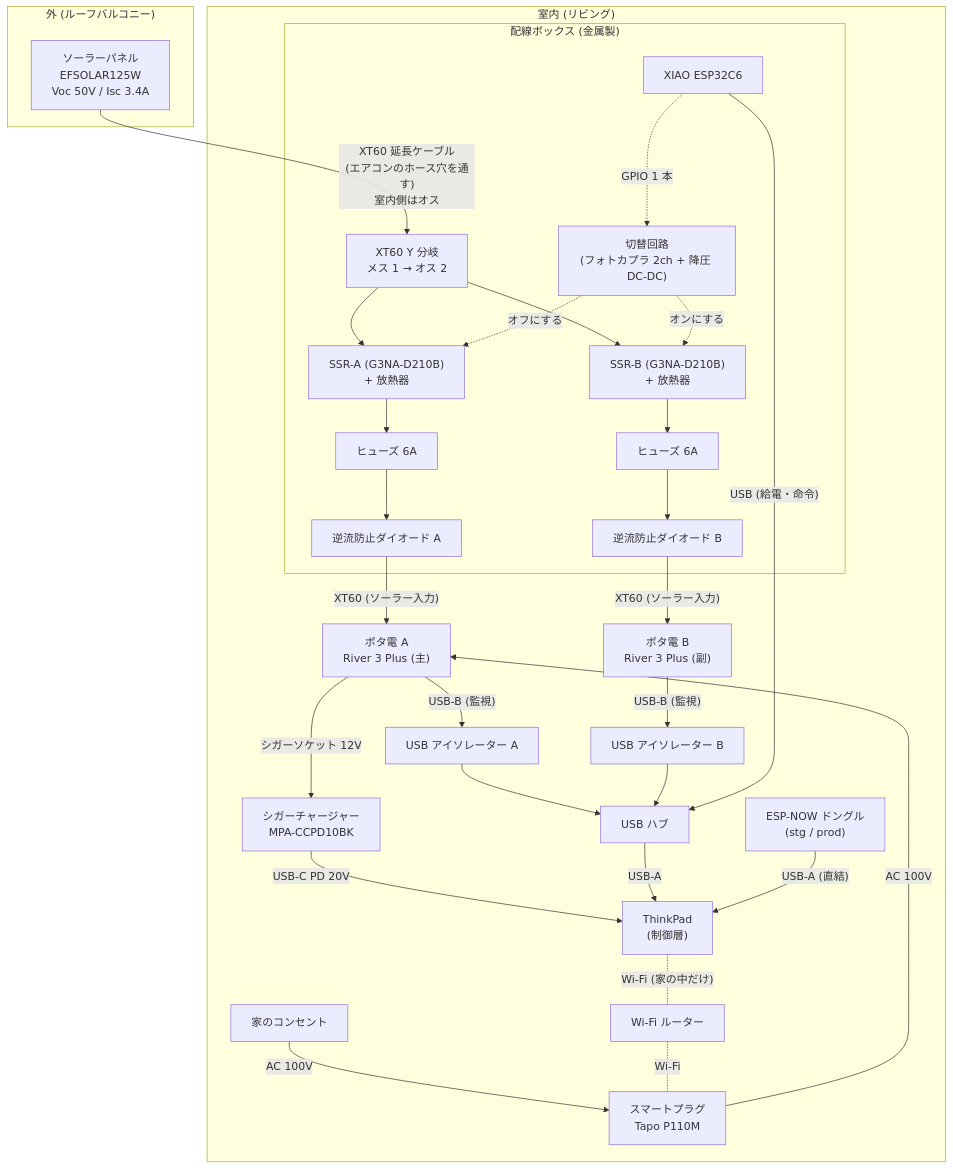
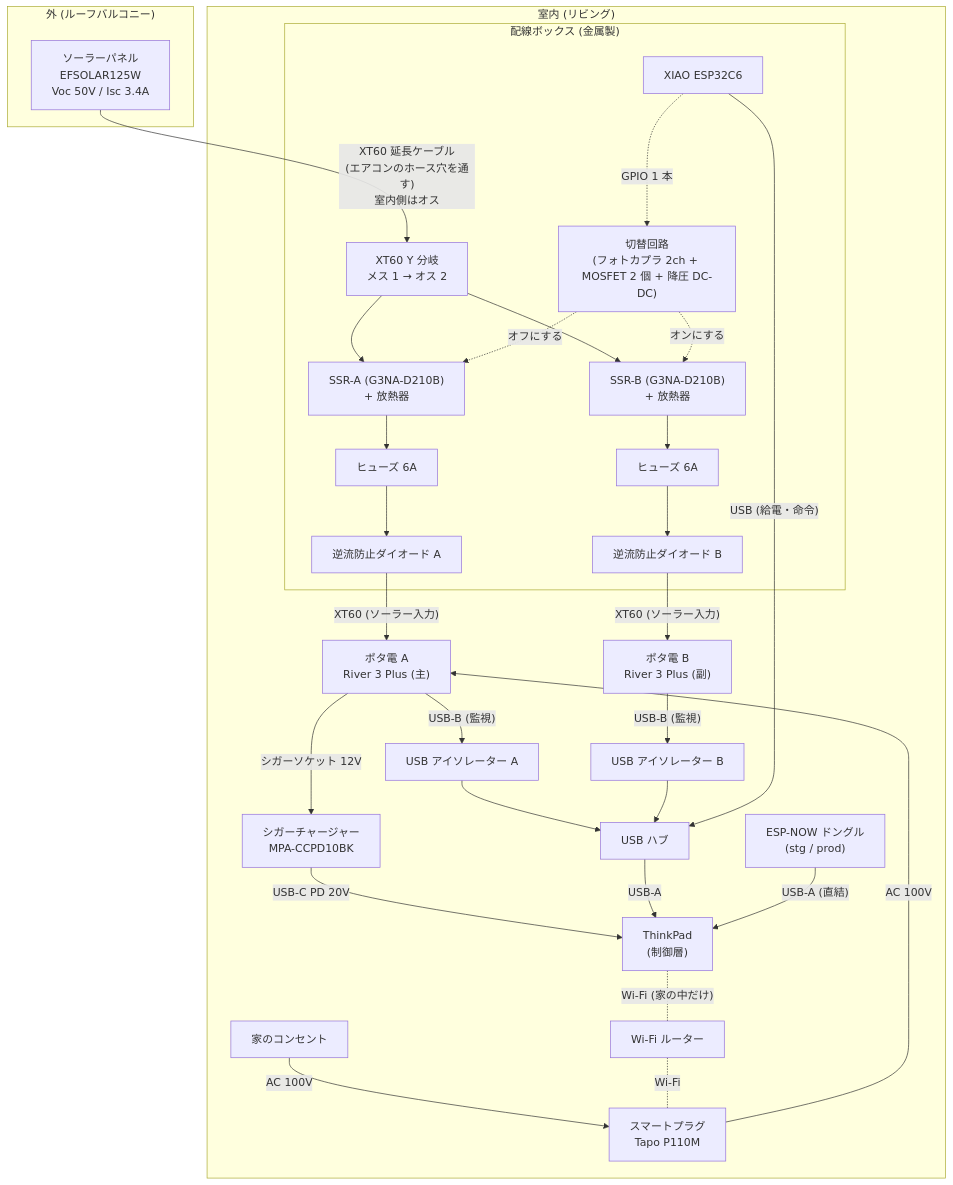
Before and after one commit to junkei-okinawa/FarmVerse: the first of 2 diagrams in docs/3_PowerSystem/01_電源システム設計.md, drawn with Mermaid. The commit also changed other lines of this file, not shown here.

````diff
--- a/docs/3_PowerSystem/01_電源システム設計.md
+++ b/docs/3_PowerSystem/01_電源システム設計.md
@@ -35,51 +35,51 @@
 ```mermaid
 flowchart TB
     subgraph OUT["外 (ルーフバルコニー)"]
         PV["ソーラーパネル<br/>EFSOLAR125W<br/>Voc 50V / Isc 3.4A"]
     end
 
     PV -- "XT60 延長ケーブル<br/>(エアコンのホース穴を通す)<br/>室内側はオス" --> Y
 
     subgraph IN["室内 (リビング)"]
         subgraph BOX["配線ボックス (金属製)"]
             Y["XT60 Y 分岐<br/>メス 1 → オス 2"]
             SSRA["SSR-A (G3NA-D210B)<br/>+ 放熱器"]
             SSRB["SSR-B (G3NA-D210B)<br/>+ 放熱器"]
             FA["ヒューズ 6A"]
             FB["ヒューズ 6A"]
             DA["逆流防止ダイオード A"]
             DB["逆流防止ダイオード B"]
-            CTRL["切替回路<br/>(フォトカプラ 2ch + 降圧 DC-DC)"]
+            CTRL["切替回路<br/>(フォトカプラ 2ch + MOSFET 2 個 + 降圧 DC-DC)"]
             ESP["XIAO ESP32C6"]
         end
 
         A["ポタ電 A<br/>River 3 Plus (主)"]
         B["ポタ電 B<br/>River 3 Plus (副)"]
         TP["ThinkPad<br/>(制御層)"]
         HUB["USB ハブ"]
         ISOA["USB アイソレーター A"]
         ISO["USB アイソレーター B"]
         CC["シガーチャージャー<br/>MPA-CCPD10BK"]
         P1["スマートプラグ<br/>Tapo P110M"]
         WALL["家のコンセント"]
         WIFI["Wi-Fi ルーター"]
         DONGLE["ESP-NOW ドングル<br/>(stg / prod)"]
     end
 
     Y --> SSRA --> FA --> DA -- "XT60 (ソーラー入力)" --> A
     Y --> SSRB --> FB --> DB -- "XT60 (ソーラー入力)" --> B
 
     A -- "シガーソケット 12V" --> CC -- "USB-C PD 20V" --> TP
     WALL -- "AC 100V" --> P1 -- "AC 100V" --> A
 
     A -- "USB-B (監視)" --> ISOA --> HUB
     B -- "USB-B (監視)" --> ISO --> HUB
     ESP -- "USB (給電・命令)" --> HUB
     HUB -- "USB-A" --> TP
     DONGLE -- "USB-A (直結)" --> TP
 
     ESP -. "GPIO 1 本" .-> CTRL
     CTRL -. "オフにする" .-> SSRA
     CTRL -. "オンにする" .-> SSRB
     TP -. "Wi-Fi (家の中だけ)" .- WIFI -. "Wi-Fi" .- P1
 ```
````
